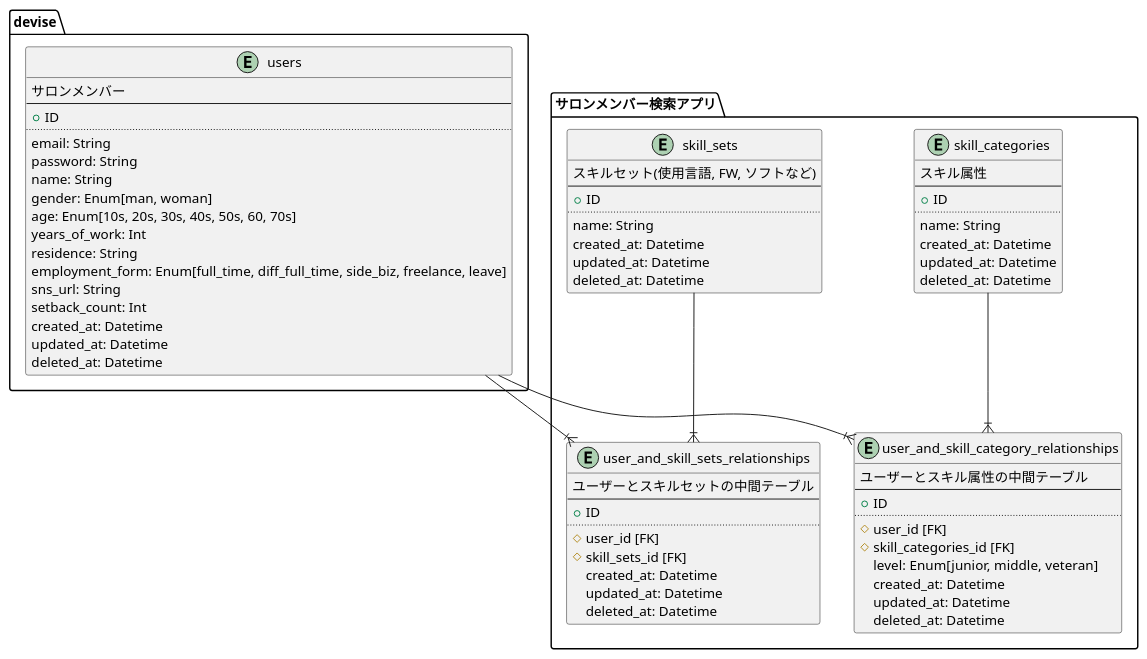
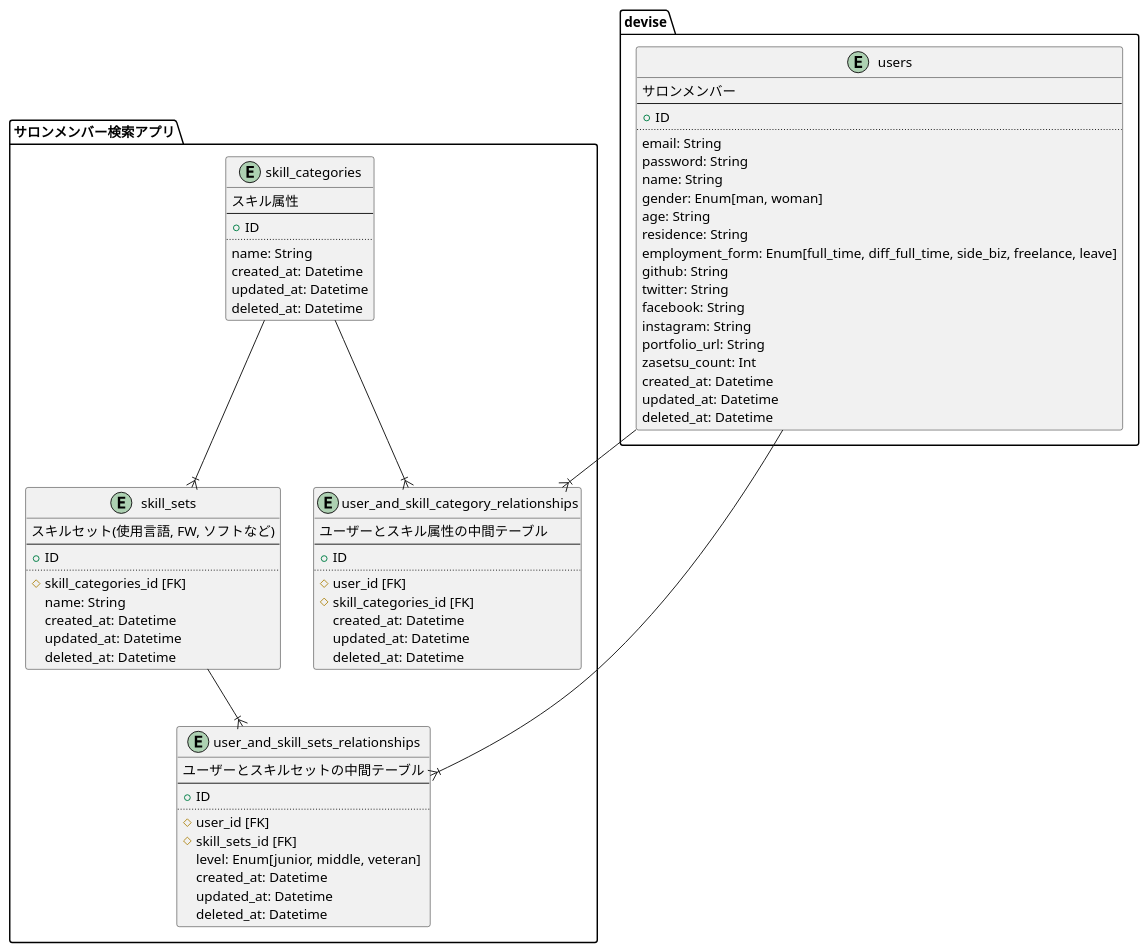
One commit to zasetsu-norikoe-salon/zasetsu_norikoe_app changed the diagram in DB.puml. Above: the diagram before and after it, drawn with PlantUML.

Commit message:
Update: ER図

```diff
--- a/DB.puml
+++ b/DB.puml
@@ -1,84 +1,90 @@
 @startuml
 'ユーザー'
 package devise {
     entity users{
         サロンメンバー
         --
         + ID
         ..
         email: String
         password: String
         name: String
         gender: Enum[man, woman]
-        age: Enum[10s, 20s, 30s, 40s, 50s, 60, 70s]
-        years_of_work: Int
+        age: String
         residence: String
         employment_form: Enum[full_time, diff_full_time, side_biz, freelance, leave]
-        sns_url: String
-        setback_count: Int
+        github: String
+        twitter: String
+        facebook: String
+        instagram: String
+        portfolio_url: String
+        zasetsu_count: Int
         created_at: Datetime
         updated_at: Datetime
         deleted_at: Datetime
     }
 }
 
 package サロンメンバー検索アプリ {
     'スキル'
     entity skill_categories {
         スキル属性
         --
         + ID
         ..
         name: String
         created_at: Datetime
         updated_at: Datetime
         deleted_at: Datetime
     }
 
     '技術'
     entity skill_sets {
         スキルセット(使用言語, FW, ソフトなど)
         --
         + ID
         ..
+        # skill_categories_id [FK]
         name: String
         created_at: Datetime
         updated_at: Datetime
         deleted_at: Datetime
     }
 
     'ユーザーとスキルカテゴリーの中間テーブル'
     entity user_and_skill_category_relationships {
         ユーザーとスキル属性の中間テーブル
         --
         + ID
         ..
         # user_id [FK]
         # skill_categories_id [FK]
-        level: Enum[junior, middle, veteran]
         created_at: Datetime
         updated_at: Datetime
         deleted_at: Datetime
     }
 
     'ユーザーとスキルセットの中間テーブル'
     entity user_and_skill_sets_relationships {
         ユーザーとスキルセットの中間テーブル
         --
         + ID
         ..
         # user_id [FK]
         # skill_sets_id [FK]
+        level: Enum[junior, middle, veteran]
         created_at: Datetime
         updated_at: Datetime
         deleted_at: Datetime
     }
 }
 
 users --|{ user_and_skill_category_relationships
 skill_categories --|{ user_and_skill_category_relationships
 
 users --|{ user_and_skill_sets_relationships
 skill_sets --|{ user_and_skill_sets_relationships
 
+skill_categories --|{ skill_sets
+
 @enduml
```
